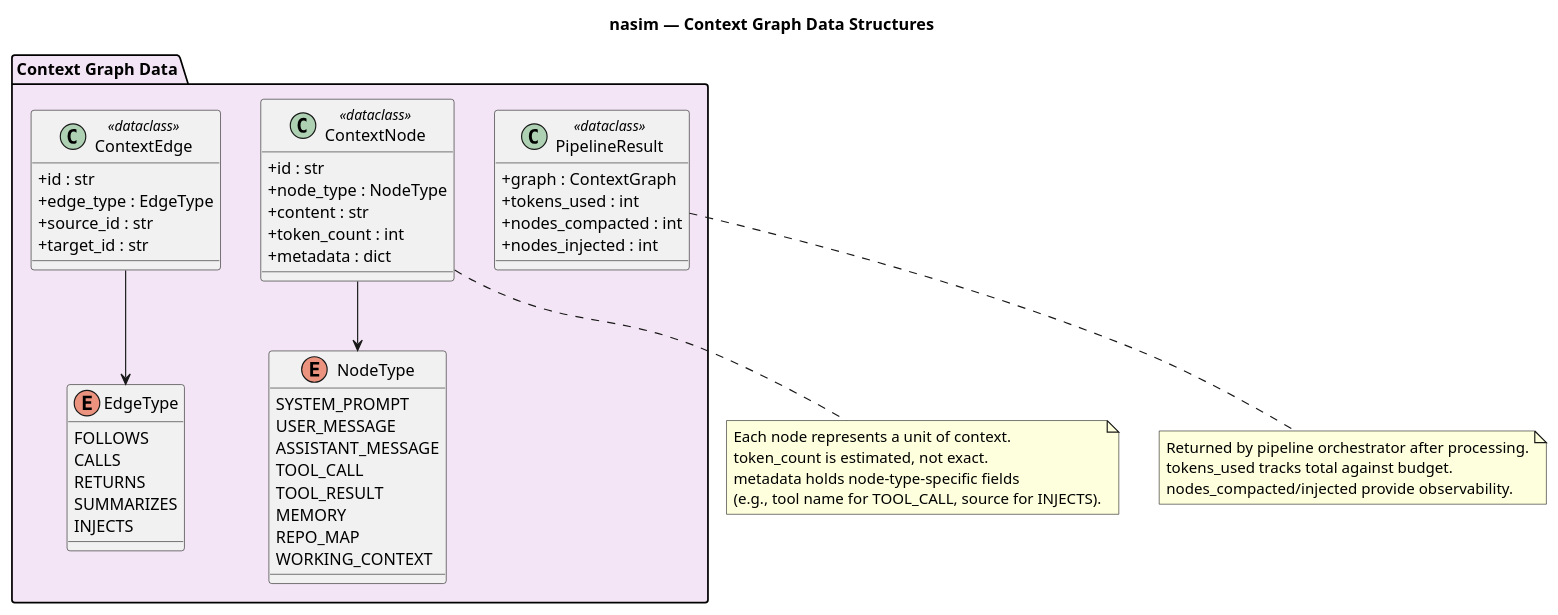
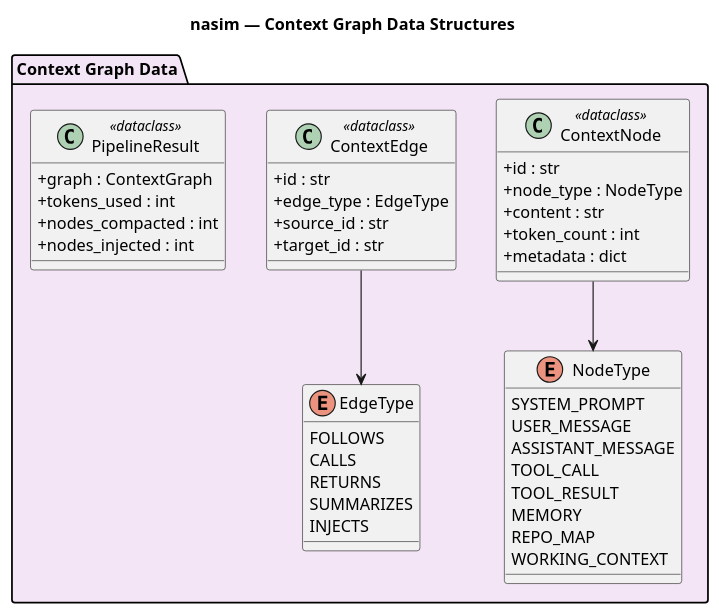
The diagram in docs/CT/DATA/ct_data_context_graph.puml (salimnamvar/nasim), drawn with PlantUML before and after one commit. The commit also changed 345 other files, not shown here.

```diff
--- a/docs/CT/DATA/ct_data_context_graph.puml
+++ b/docs/CT/DATA/ct_data_context_graph.puml
@@ -1,76 +1,63 @@
 @startuml ct_data_context_graph
 ' ============================================================
 ' Title:     nasim — Context Graph Data Structures
 ' Boundary:  NASIM Application — ContextService (in-memory data structures)
 ' Purpose:   Data models for context graph nodes, edges, and pipeline
 ' Milestone: v1.0
 ' Version:   1.0.0
 ' Source:    docs/audit/audit_2026-06-20_capability-and-architecture.md
 ' Review:    —
 ' ============================================================
 
 title nasim — Context Graph Data Structures
 
 skinparam classAttributeIconSize 0
 
 package "Context Graph Data" #F3E5F5 {
 
     class ContextNode <<dataclass>> {
         + id : str
         + node_type : NodeType
         + content : str
         + token_count : int
         + metadata : dict
     }
 
     class ContextEdge <<dataclass>> {
         + id : str
         + edge_type : EdgeType
         + source_id : str
         + target_id : str
     }
 
     enum NodeType {
         SYSTEM_PROMPT
         USER_MESSAGE
         ASSISTANT_MESSAGE
         TOOL_CALL
         TOOL_RESULT
         MEMORY
         REPO_MAP
         WORKING_CONTEXT
     }
 
     enum EdgeType {
         FOLLOWS
         CALLS
         RETURNS
         SUMMARIZES
         INJECTS
     }
 
     class PipelineResult <<dataclass>> {
         + graph : ContextGraph
         + tokens_used : int
         + nodes_compacted : int
         + nodes_injected : int
     }
 
     ContextNode --> NodeType
     ContextEdge --> EdgeType
 }
 
-note bottom of ContextNode
-  Each node represents a unit of context.
-  token_count is estimated, not exact.
-  metadata holds node-type-specific fields
-  (e.g., tool name for TOOL_CALL, source for INJECTS).
-end note
-
-note bottom of PipelineResult
-  Returned by pipeline orchestrator after processing.
-  tokens_used tracks total against budget.
-  nodes_compacted/injected provide observability.
-end note
-
 @enduml
```
